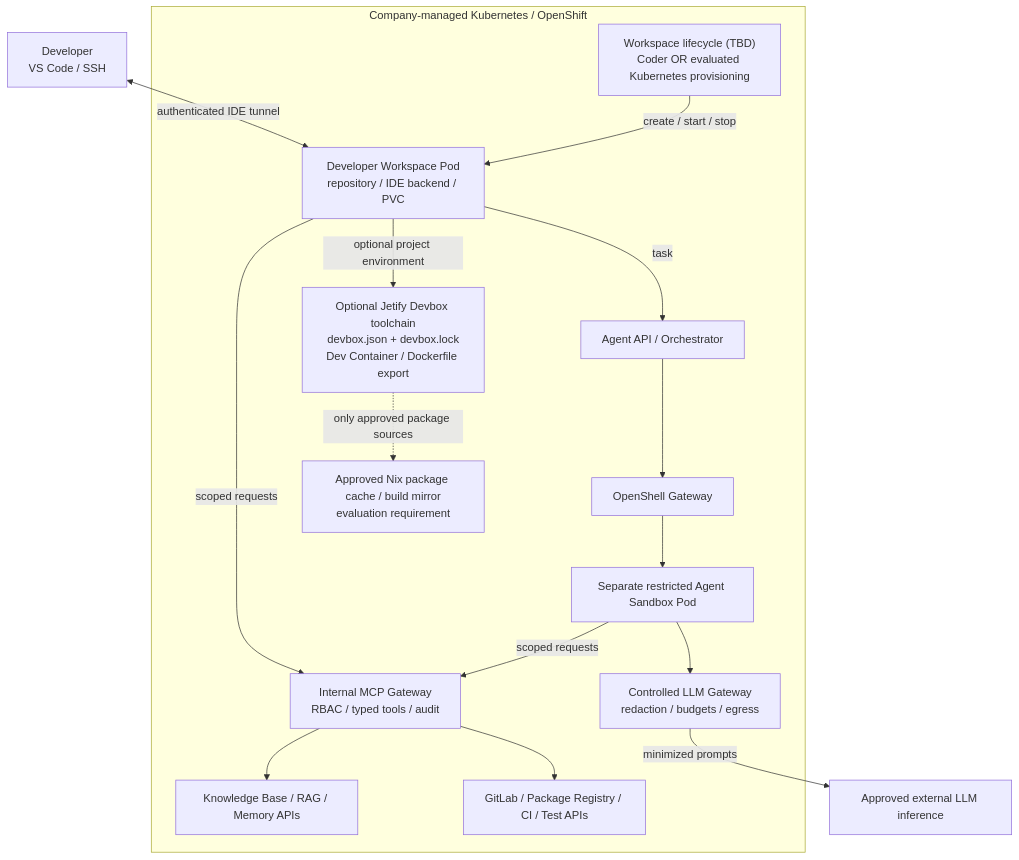
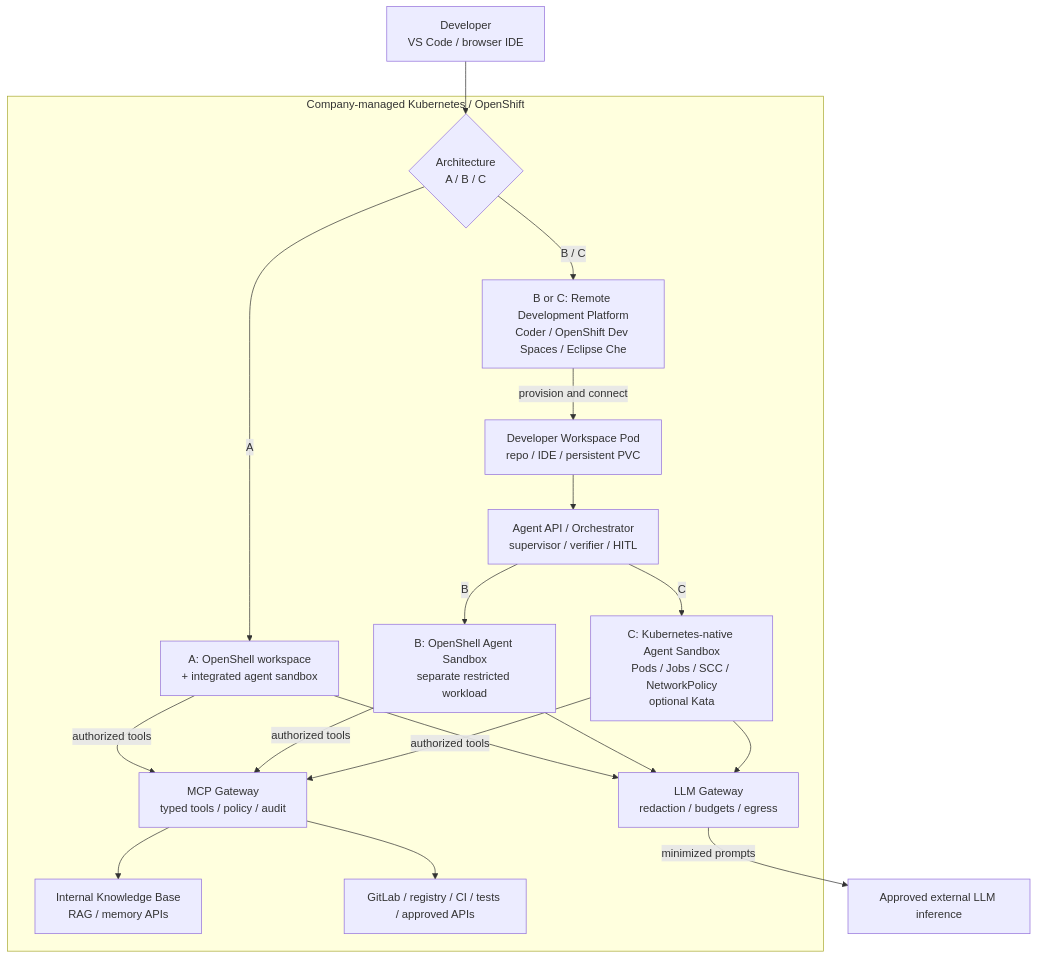
One commit to ghinta/coding-agent changed the diagram in remote-development-environments.md. Above: the diagram before and after it, drawn with Mermaid. The commit also changed other lines of this file and 2 other files, not shown here.

Commit message:
Plan modular remote workspaces with optional OpenShell and OpenShift Dev Spaces

````diff
--- a/remote-development-environments.md
+++ b/remote-development-environments.md
@@ -24,31 +42,36 @@
 ```mermaid
 flowchart TB
-    developer["Developer<br/>VS Code / SSH"]
-    subgraph company["Company-managed Kubernetes / OpenShift"]
-        lifecycle["Workspace lifecycle (TBD)<br/>Coder OR evaluated Kubernetes provisioning"]
-        workspace["Developer Workspace Pod<br/>repository / IDE backend / PVC"]
-        devbox["Optional Jetify Devbox toolchain<br/>devbox.json + devbox.lock<br/>Dev Container / Dockerfile export"]
-        agentApi["Agent API / Orchestrator"]
-        osGateway["OpenShell Gateway"]
-        sandbox["Separate restricted Agent Sandbox Pod"]
-        mcp["Internal MCP Gateway<br/>RBAC / typed tools / audit"]
-        kb["Knowledge Base / RAG / Memory APIs"]
-        systems["GitLab / Package Registry / CI / Test APIs"]
-        inference["Controlled LLM Gateway<br/>redaction / budgets / egress"]
-        nixCache["Approved Nix package cache / build mirror<br/>evaluation requirement"]
+    dev["Developer<br/>VS Code / browser IDE"]
+
+    subgraph corp["Company-managed Kubernetes / OpenShift"]
+        choice{"Architecture<br/>A / B / C"}
+        integrated["A: OpenShell workspace<br/>+ integrated agent sandbox"]
+        rdp["B or C: Remote Development Platform<br/>Coder / OpenShift Dev Spaces / Eclipse Che"]
+        workspace["Developer Workspace Pod<br/>repo / IDE / persistent PVC"]
+        agentApi["Agent API / Orchestrator<br/>supervisor / verifier / HITL"]
+        openshell["B: OpenShell Agent Sandbox<br/>separate restricted workload"]
+        native["C: Kubernetes-native Agent Sandbox<br/>Pods / Jobs / SCC / NetworkPolicy<br/>optional Kata"]
+        mcp["MCP Gateway<br/>typed tools / policy / audit"]
+        kb["Internal Knowledge Base<br/>RAG / memory APIs"]
+        systems["GitLab / registry / CI / tests / approved APIs"]
+        llmgw["LLM Gateway<br/>redaction / budgets / egress"]
     end
+
     llm["Approved external LLM inference"]
-    developer <-->|"authenticated IDE tunnel"| workspace
-    lifecycle -->|"create / start / stop"| workspace
-    workspace -->|"optional project environment"| devbox
-    devbox -.->|"only approved package sources"| nixCache
-    workspace -->|"task"| agentApi
-    agentApi --> osGateway
-    osGateway --> sandbox
-    workspace -->|"scoped requests"| mcp
-    sandbox -->|"scoped requests"| mcp
+    dev --> choice
+    choice -->|"A"| integrated
+    choice -->|"B / C"| rdp
+    rdp -->|"provision and connect"| workspace
+    workspace --> agentApi
+    agentApi -->|"B"| openshell
+    agentApi -->|"C"| native
+    integrated -->|"authorized tools"| mcp
+    openshell -->|"authorized tools"| mcp
+    native -->|"authorized tools"| mcp
     mcp --> kb
     mcp --> systems
-    sandbox --> inference
-    inference -->|"minimized prompts"| llm
+    integrated --> llmgw
+    openshell --> llmgw
+    native --> llmgw
+    llmgw -->|"minimized prompts"| llm
 ```
````
